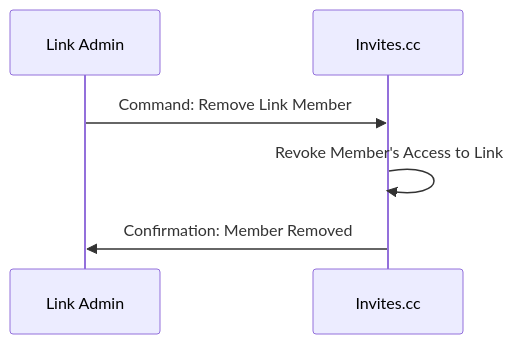
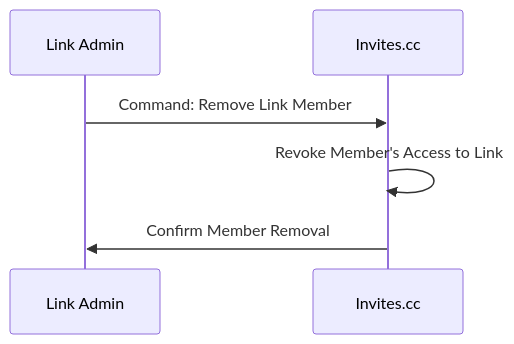
One commit to ichilabs/invites.cc changed the fifth of 13 diagrams in docs/design-doc.md. Above: the diagram before and after it, drawn with Mermaid. The commit also changed other lines of this file, not shown here.

````diff
--- a/docs/design-doc.md
+++ b/docs/design-doc.md
@@ -84,9 +228,9 @@
 ```mermaid
 sequenceDiagram
     participant Admin as Link Admin
     participant Invites as Invites.cc
     
     Admin ->> Invites: Command: Remove Link Member
     Invites ->> Invites: Revoke Member's Access to Link
-    Invites ->> Admin: Confirmation: Member Removed
+    Invites ->> Admin: Confirm Member Removal
 ```
````
